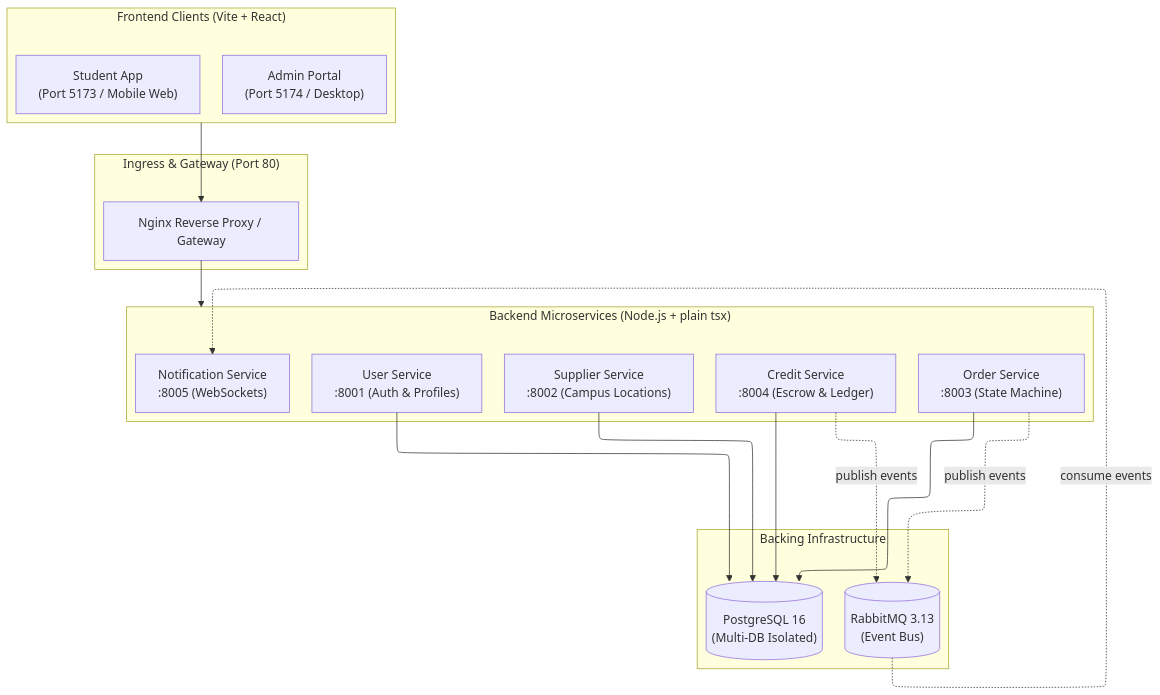
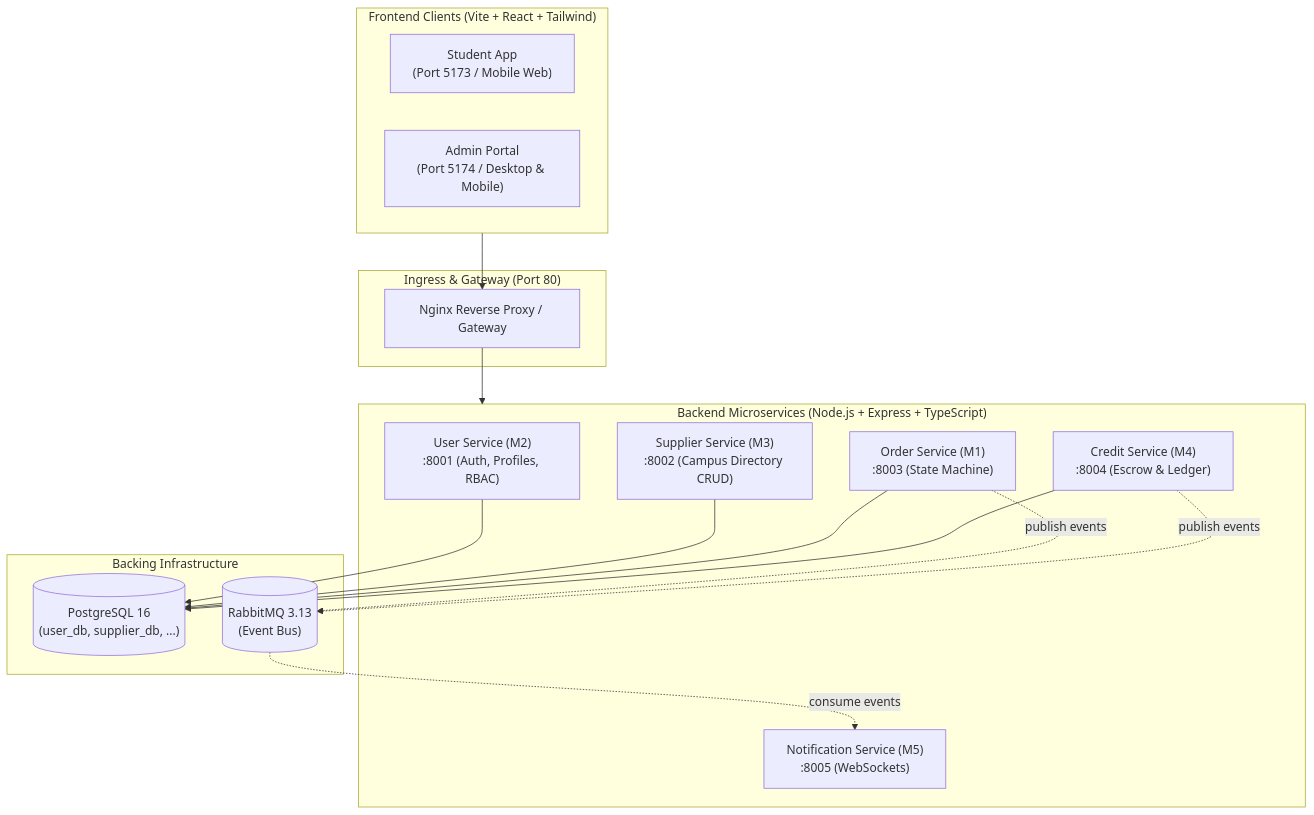
One commit to AY2627S1-CS3219-P25/friend-on-campus changed the diagram in README.md. Above: the diagram before and after it, drawn with Mermaid. The commit also changed other lines of this file and 4 other files, not shown here.

````diff
--- a/README.md
+++ b/README.md
@@ -14,35 +14,34 @@
 ```mermaid
-%%{init: {"flowchart": {"defaultRenderer": "elk"}} }%%
 flowchart TB
-    subgraph Clients["Frontend Clients (Vite + React)"]
+    subgraph Clients["Frontend Clients (Vite + React + Tailwind)"]
         StudentApp["Student App<br/>(Port 5173 / Mobile Web)"]
-        AdminApp["Admin Portal<br/>(Port 5174 / Desktop)"]
+        AdminApp["Admin Portal<br/>(Port 5174 / Desktop & Mobile)"]
     end
 
     subgraph Gateway["Ingress & Gateway (Port 80)"]
         Nginx["Nginx Reverse Proxy / Gateway"]
     end
 
-    subgraph Services["Backend Microservices (Node.js + plain tsx)"]
-        UserSvc["User Service<br/>:8001 (Auth & Profiles)"]
-        SupplierSvc["Supplier Service<br/>:8002 (Campus Locations)"]
-        OrderSvc["Order Service<br/>:8003 (State Machine)"]
-        CreditSvc["Credit Service<br/>:8004 (Escrow & Ledger)"]
-        NotifSvc["Notification Service<br/>:8005 (WebSockets)"]
+    subgraph Services["Backend Microservices (Node.js + Express + TypeScript)"]
+        UserSvc["User Service (M2)<br/>:8001 (Auth, Profiles, RBAC)"]
+        SupplierSvc["Supplier Service (M3)<br/>:8002 (Campus Directory CRUD)"]
+        OrderSvc["Order Service (M1)<br/>:8003 (State Machine)"]
+        CreditSvc["Credit Service (M4)<br/>:8004 (Escrow & Ledger)"]
+        NotifSvc["Notification Service (M5)<br/>:8005 (WebSockets)"]
     end
 
     subgraph Storage["Backing Infrastructure"]
-        Postgres[("PostgreSQL 16<br/>(Multi-DB Isolated)")]
+        Postgres[("PostgreSQL 16<br/>(user_db, supplier_db, ...)")]
         RabbitMQ[("RabbitMQ 3.13<br/>(Event Bus)")]
     end
 
     Clients --> Nginx
     Nginx --> Services
     UserSvc --> Postgres
     SupplierSvc --> Postgres
     OrderSvc --> Postgres
     CreditSvc --> Postgres
     OrderSvc -.->|"publish events"| RabbitMQ
     CreditSvc -.->|"publish events"| RabbitMQ
     RabbitMQ -.->|"consume events"| NotifSvc
 ```
````
